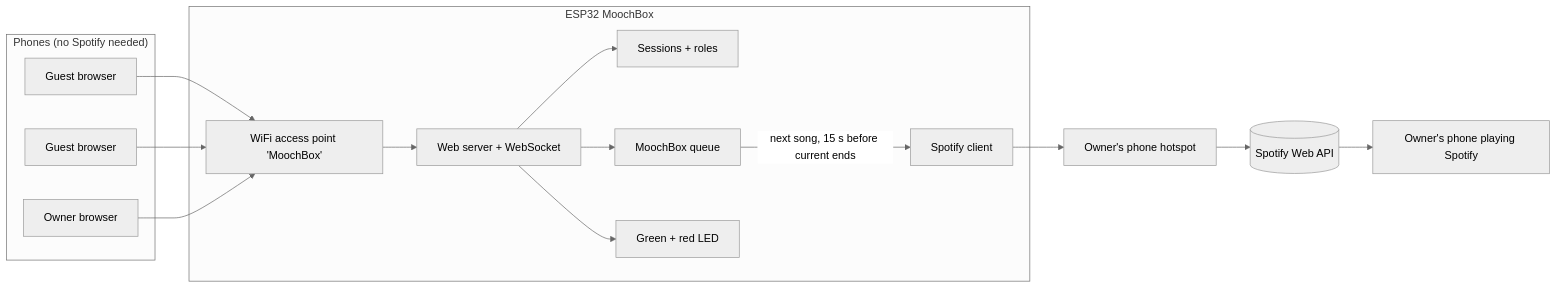
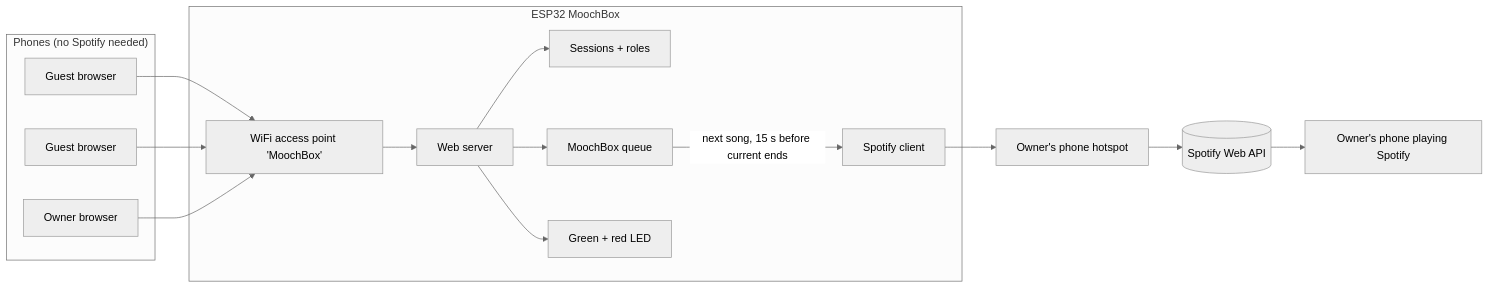
The first of 5 diagrams in plan.md (arshiyasharma/MoochBox), drawn with Mermaid (neutral theme) before and after one commit. The commit also changed other lines of this file and 16 other files, not shown here.

````diff
--- a/plan.md
+++ b/plan.md
@@ -45,28 +45,28 @@
 ```mermaid
 flowchart LR
     subgraph Phones["Phones (no Spotify needed)"]
         G1[Guest browser]
         G2[Guest browser]
         O1[Owner browser]
     end
 
     subgraph Box["ESP32 MoochBox"]
         AP[WiFi access point 'MoochBox']
-        WEB[Web server + WebSocket]
+        WEB[Web server]
         AUTH[Sessions + roles]
         Q[MoochBox queue]
         SPOT[Spotify client]
         LED[Green + red LED]
     end
 
     HOT[Owner's phone hotspot]
     API[(Spotify Web API)]
     PHONE[Owner's phone playing Spotify]
 
     G1 & G2 & O1 --> AP --> WEB
     WEB --> AUTH
     WEB --> Q
     Q -- "next song, 15 s before current ends" --> SPOT
     SPOT --> HOT --> API --> PHONE
     WEB --> LED
 ```
````
